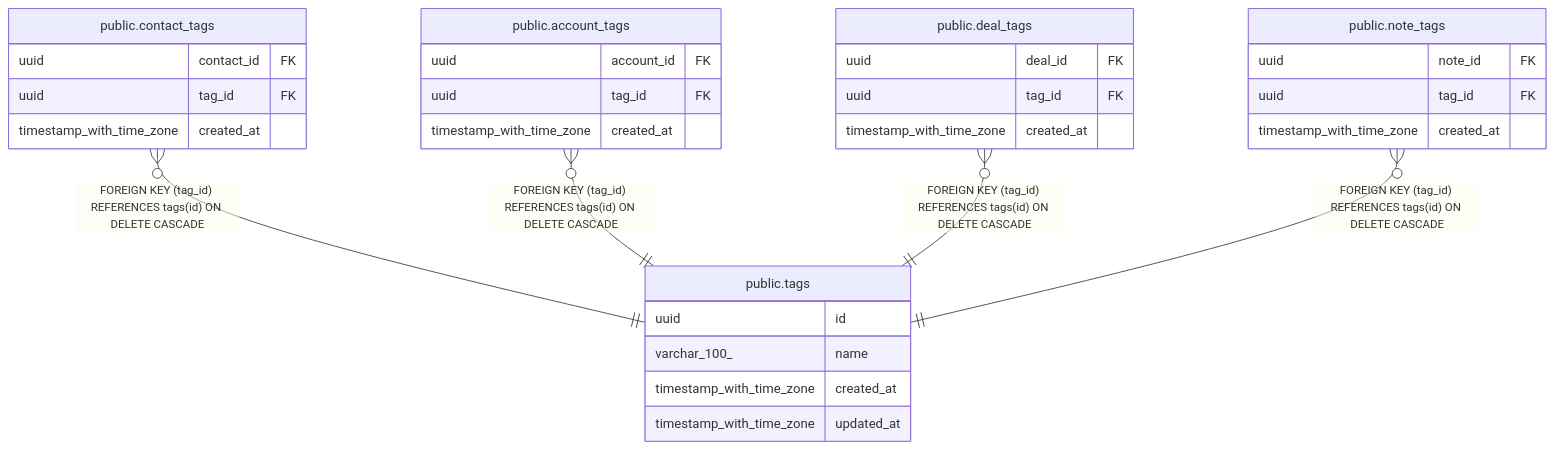
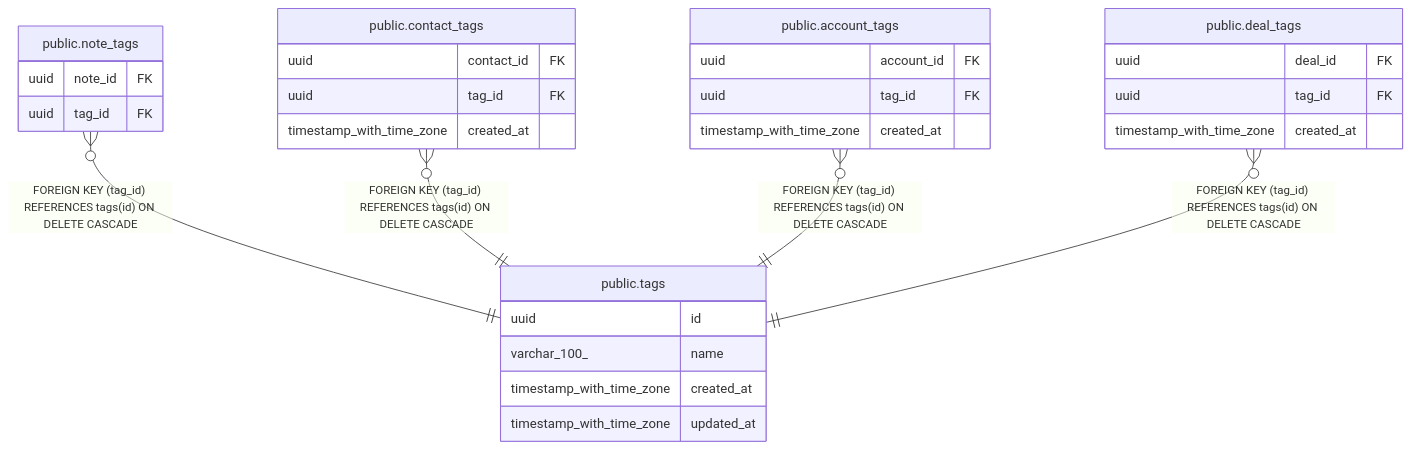
Before and after one commit to rkseattle/minicrm: the diagram in docs/schema/public.tags.md, drawn with Mermaid. The commit also changed other lines of this file and 72 other files, not shown here.

````diff
--- a/docs/schema/public.tags.md
+++ b/docs/schema/public.tags.md
@@ -34,35 +34,34 @@
 ```mermaid
 erDiagram
 
+"public.note_tags" }o--|| "public.tags" : "FOREIGN KEY (tag_id) REFERENCES tags(id) ON DELETE CASCADE"
 "public.contact_tags" }o--|| "public.tags" : "FOREIGN KEY (tag_id) REFERENCES tags(id) ON DELETE CASCADE"
 "public.account_tags" }o--|| "public.tags" : "FOREIGN KEY (tag_id) REFERENCES tags(id) ON DELETE CASCADE"
 "public.deal_tags" }o--|| "public.tags" : "FOREIGN KEY (tag_id) REFERENCES tags(id) ON DELETE CASCADE"
-"public.note_tags" }o--|| "public.tags" : "FOREIGN KEY (tag_id) REFERENCES tags(id) ON DELETE CASCADE"
 
 "public.tags" {
   uuid id ""
   varchar_100_ name ""
   timestamp_with_time_zone created_at ""
   timestamp_with_time_zone updated_at ""
+}
+"public.note_tags" {
+  uuid note_id FK ""
+  uuid tag_id FK ""
 }
 "public.contact_tags" {
   uuid contact_id FK ""
   uuid tag_id FK ""
   timestamp_with_time_zone created_at ""
 }
 "public.account_tags" {
   uuid account_id FK ""
   uuid tag_id FK ""
   timestamp_with_time_zone created_at ""
 }
 "public.deal_tags" {
   uuid deal_id FK ""
   uuid tag_id FK ""
   timestamp_with_time_zone created_at ""
 }
-"public.note_tags" {
-  uuid note_id FK ""
-  uuid tag_id FK ""
-  timestamp_with_time_zone created_at ""
-}
 ```
````
